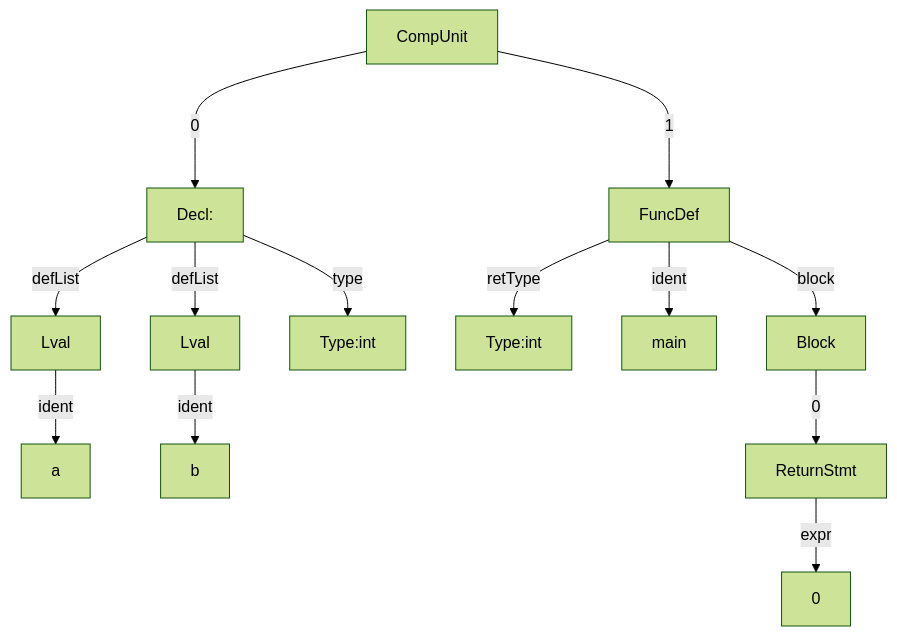
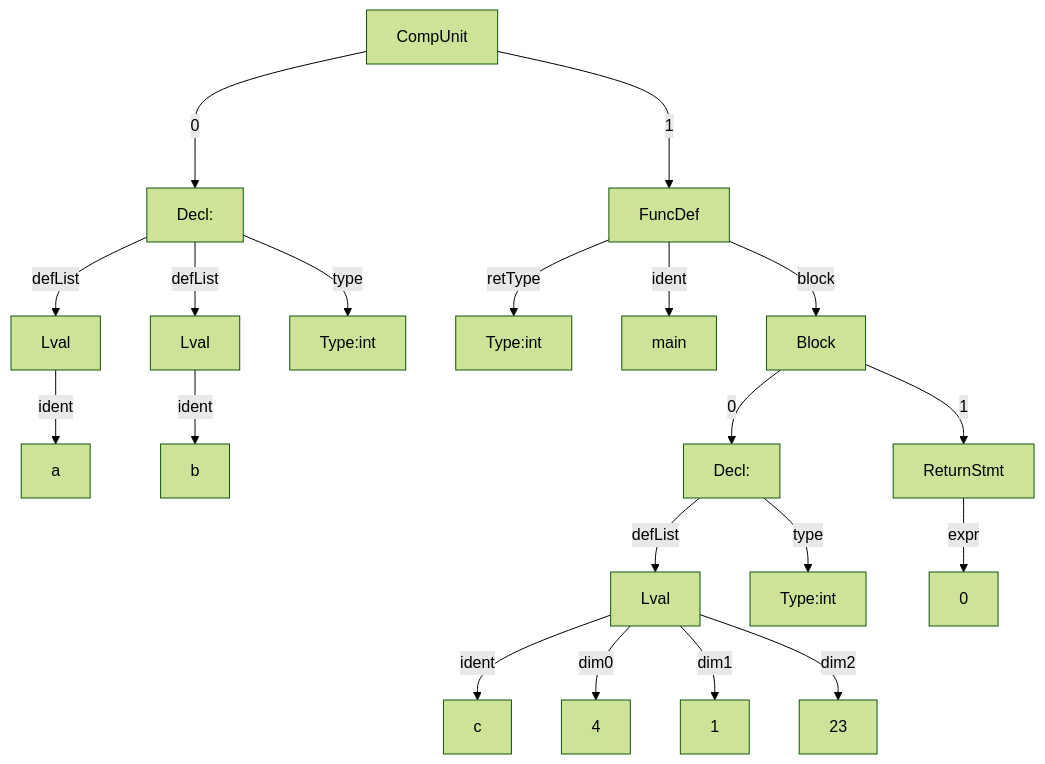
One commit to nyml2003/sysY changed the diagram in tests/3/out.md. Above: the diagram before and after it, drawn with Mermaid (forest theme). The commit also changed 9 other files, not shown here.

````diff
--- a/tests/3/out.md
+++ b/tests/3/out.md
@@ -1,27 +1,41 @@
 ```mermaid
 graph TD
-13[CompUnit]--0--->5
+27[CompUnit]--0--->5
 5[Decl:]
 5--type-->6
 6[Type:int]
 5--defList-->2
 2[Lval]
 2--ident-->1
 1[a]
 5--defList-->4
 4[Lval]
 4--ident-->3
 3[b]
-13[CompUnit]--1--->12
-12[FuncDef]
-12--retType-->7
+27[CompUnit]--1--->26
+26[FuncDef]
+26--retType-->7
 7[Type:int]
-12--ident-->8
+26--ident-->8
 8[main]
-12--block-->11
-11[Block]
-11--0-->10
-10[ReturnStmt]
-10--expr-->9
-9[0]
+26--block-->25
+25[Block]
+25--0-->21
+21[Decl:]
+21--type-->22
+22[Type:int]
+21--defList-->20
+20[Lval]
+20--ident-->10
+10[c]
+20--dim0-->13
+13[4]
+20--dim1-->14
+14[1]
+20--dim2-->19
+19[23]
+25--1-->24
+24[ReturnStmt]
+24--expr-->23
+23[0]
 ```
````
